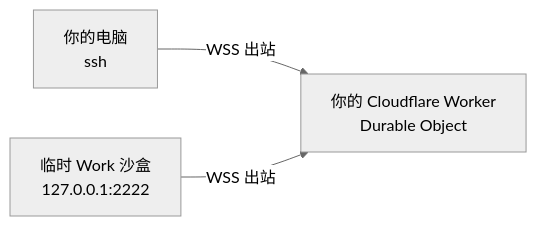
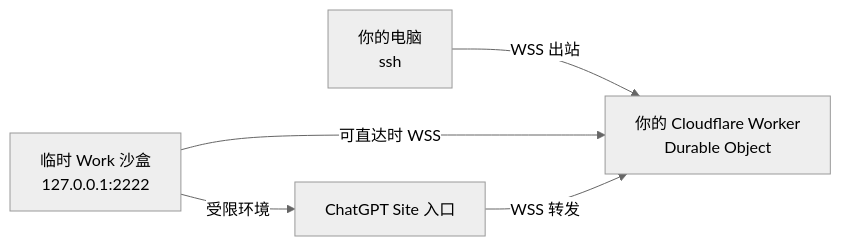
One commit to catoncat/workssh-relay changed the diagram in README.md. Above: the diagram before and after it, drawn with Mermaid (neutral theme). The commit also changed other lines of this file and 11 other files, not shown here.

Commit message:
Add Site ingress for proxy-restricted Work sandboxes

````diff
--- a/README.md
+++ b/README.md
@@ -15,5 +16,7 @@
 ```mermaid
 flowchart LR
   M["你的电脑<br/>ssh"] -->|WSS 出站| R["你的 Cloudflare Worker<br/>Durable Object"]
-  S["临时 Work 沙盒<br/>127.0.0.1:2222"] -->|WSS 出站| R
+  S["临时 Work 沙盒<br/>127.0.0.1:2222"] -->|可直达时 WSS| R
+  S -->|受限环境| I["ChatGPT Site 入口"]
+  I -->|WSS 转发| R
 ```
````
